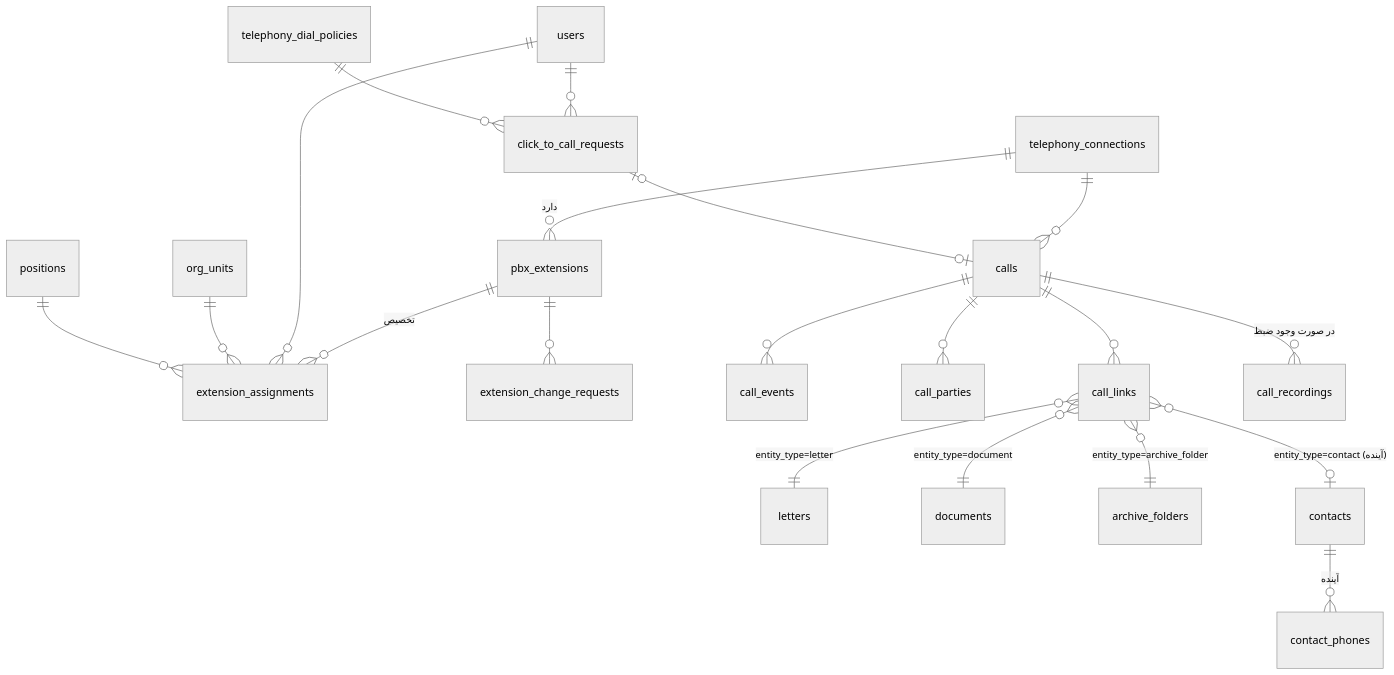
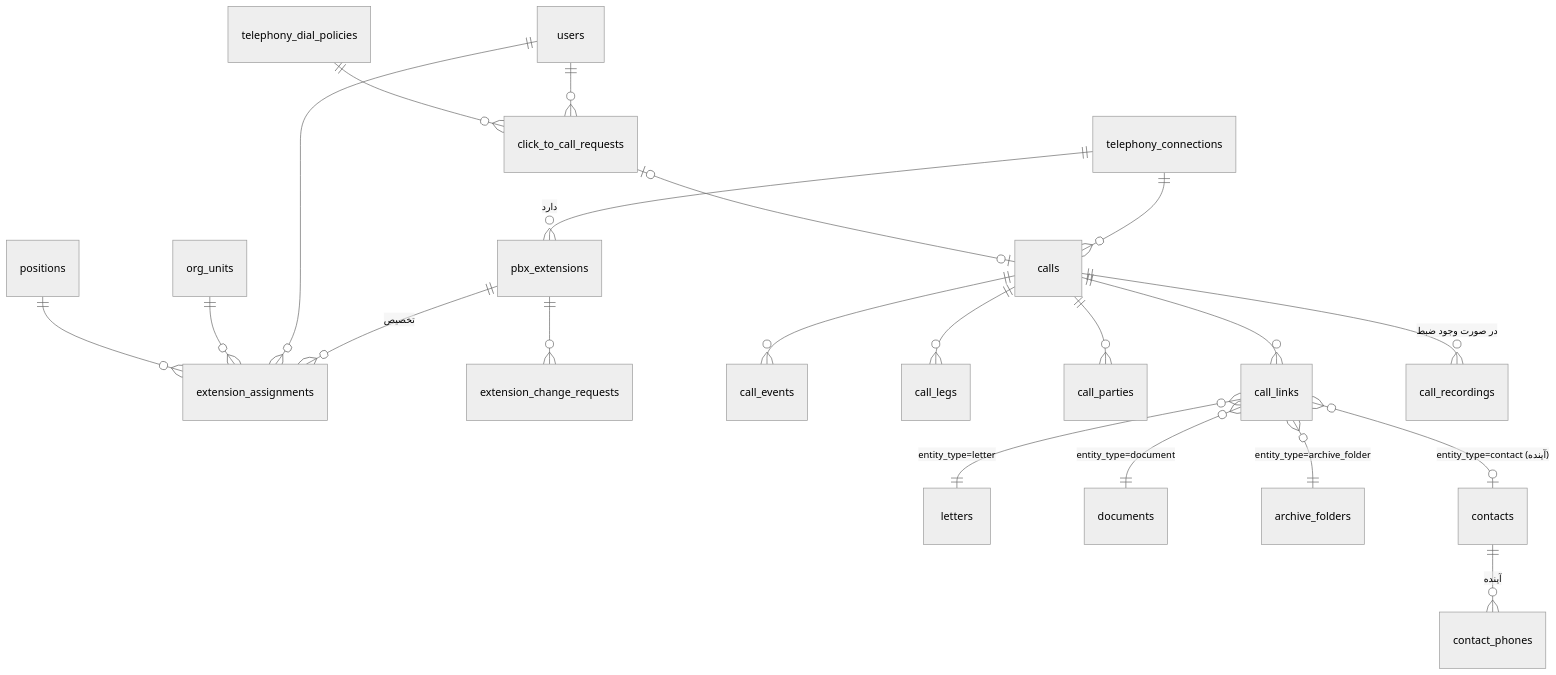
Before and after one commit to ardeshirazimi2000-design/kx21: the diagram in docs/architecture/telephony/telephony-data-model.md, drawn with Mermaid (neutral theme). The commit also changed other lines of this file and 8 other files, not shown here.

````diff
--- a/docs/architecture/telephony/telephony-data-model.md
+++ b/docs/architecture/telephony/telephony-data-model.md
@@ -21,22 +21,23 @@
 ```mermaid
 erDiagram
   telephony_connections ||--o{ pbx_extensions : "دارد"
   pbx_extensions ||--o{ extension_assignments : "تخصیص"
   users ||--o{ extension_assignments : ""
   org_units ||--o{ extension_assignments : ""
   positions ||--o{ extension_assignments : ""
   pbx_extensions ||--o{ extension_change_requests : ""
   telephony_connections ||--o{ calls : ""
   calls ||--o{ call_events : ""
+  calls ||--o{ call_legs : ""
   calls ||--o{ call_parties : ""
   calls ||--o{ call_links : ""
   call_links }o--|| letters : "entity_type=letter"
   call_links }o--|| documents : "entity_type=document"
   call_links }o--|| archive_folders : "entity_type=archive_folder"
   call_links }o--o| contacts : "entity_type=contact (آینده)"
   contacts ||--o{ contact_phones : "آینده"
   users ||--o{ click_to_call_requests : ""
   click_to_call_requests |o--o| calls : ""
   telephony_dial_policies ||--o{ click_to_call_requests : ""
   calls ||--o{ call_recordings : "در صورت وجود ضبط"
 ```
````
